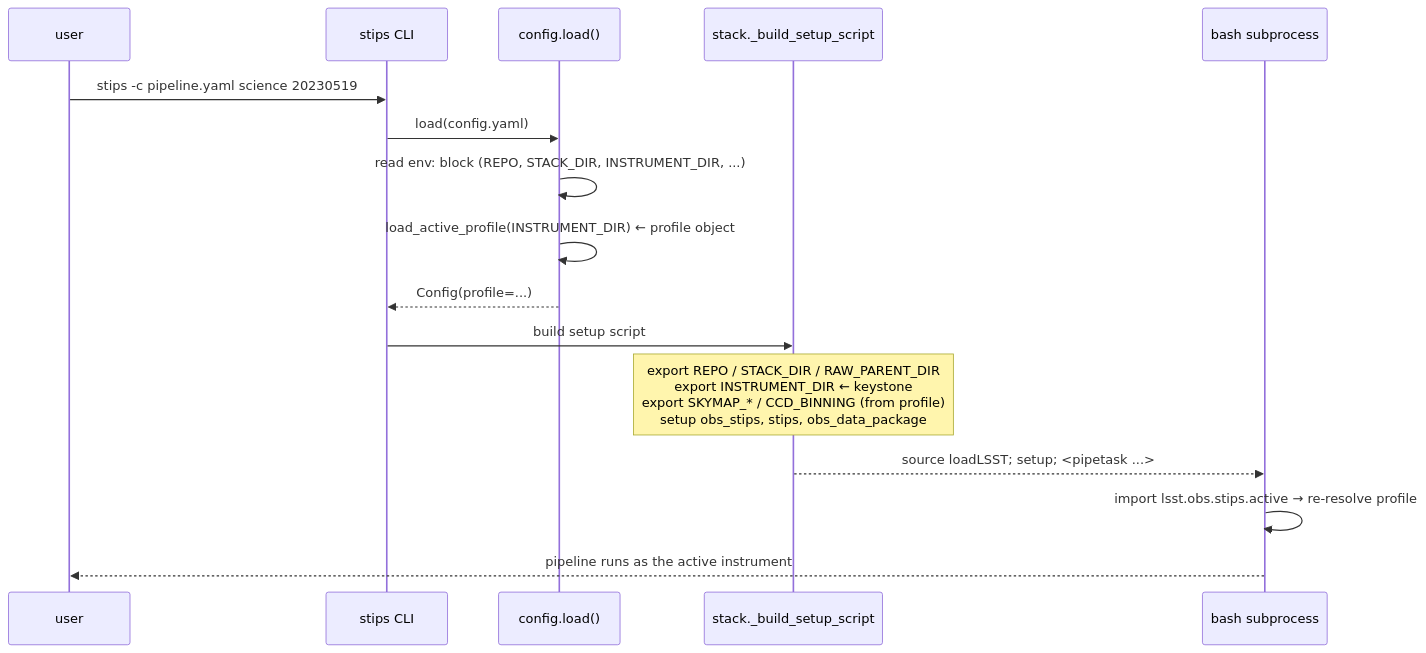
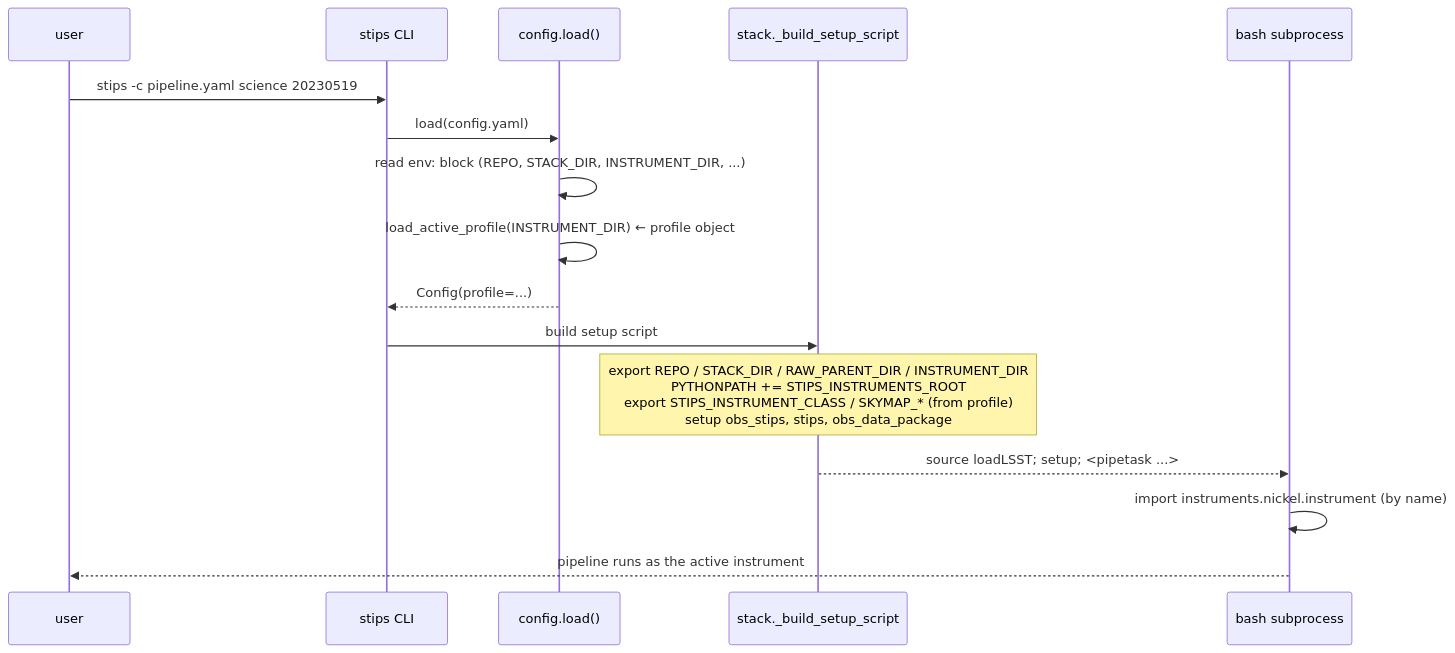
Before and after one commit to dangause/stips: the eighth of 9 diagrams in docs/obs-abstraction.md, drawn with Mermaid. The commit also changed other lines of this file and 9 other files, not shown here.

Commit message:
docs: instrument identity by directory name, binning in the profile, migration note

````diff
--- a/docs/obs-abstraction.md
+++ b/docs/obs-abstraction.md
@@ -357,19 +337,19 @@
 ```mermaid
 sequenceDiagram
     participant U as user
     participant CLI as stips CLI
     participant Cfg as config.load()
     participant Stack as stack._build_setup_script
     participant Sh as bash subprocess
 
     U->>CLI: stips -c pipeline.yaml science 20230519
     CLI->>Cfg: load(config.yaml)
     Cfg->>Cfg: read env: block (REPO, STACK_DIR, INSTRUMENT_DIR, ...)
     Cfg->>Cfg: load_active_profile(INSTRUMENT_DIR)  ← profile object
     Cfg-->>CLI: Config(profile=...)
     CLI->>Stack: build setup script
-    Note over Stack: export REPO / STACK_DIR / RAW_PARENT_DIR<br/>export INSTRUMENT_DIR  ← keystone<br/>export SKYMAP_* / CCD_BINNING (from profile)<br/>setup obs_stips, stips, obs_data_package
+    Note over Stack: export REPO / STACK_DIR / RAW_PARENT_DIR / INSTRUMENT_DIR<br/>PYTHONPATH += STIPS_INSTRUMENTS_ROOT<br/>export STIPS_INSTRUMENT_CLASS / SKYMAP_* (from profile)<br/>setup obs_stips, stips, obs_data_package
     Stack-->>Sh: source loadLSST#59; setup#59; #lt;pipetask ...#gt;
-    Sh->>Sh: import lsst.obs.stips.active → re-resolve profile
+    Sh->>Sh: import instruments.nickel.instrument (by name)
     Sh-->>U: pipeline runs as the active instrument
 ```
````
